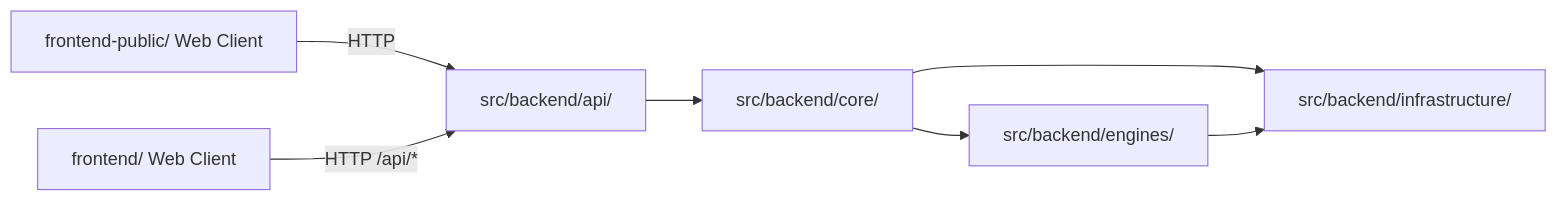
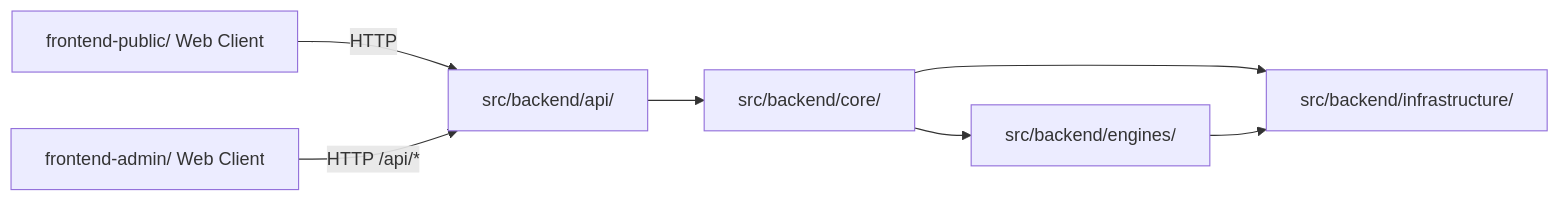
The fourth of 4 diagrams in docs/architecture/frontend-architecture.md (zata-zhangtao/zata-codes-template), drawn with Mermaid before and after one commit. The commit also changed other lines of this file and 289 other files, not shown here.

First line of the commit message:
refactor(repo): rename frontend/ to frontend-admin/

````diff
--- a/docs/architecture/frontend-architecture.md
+++ b/docs/architecture/frontend-architecture.md
@@ -210,9 +210,9 @@
 ```mermaid
 flowchart LR
     FrontendPublic["frontend-public/ Web Client"] -->|HTTP| Apps["src/backend/api/"]
-    FrontendAdmin["frontend/ Web Client"] -->|HTTP /api/*| Apps
+    FrontendAdmin["frontend-admin/ Web Client"] -->|HTTP /api/*| Apps
     Apps --> Core["src/backend/core/"]
     Core --> Capabilities["src/backend/engines/"]
     Core --> Infrastructure["src/backend/infrastructure/"]
     Capabilities --> Infrastructure
 ```
````
